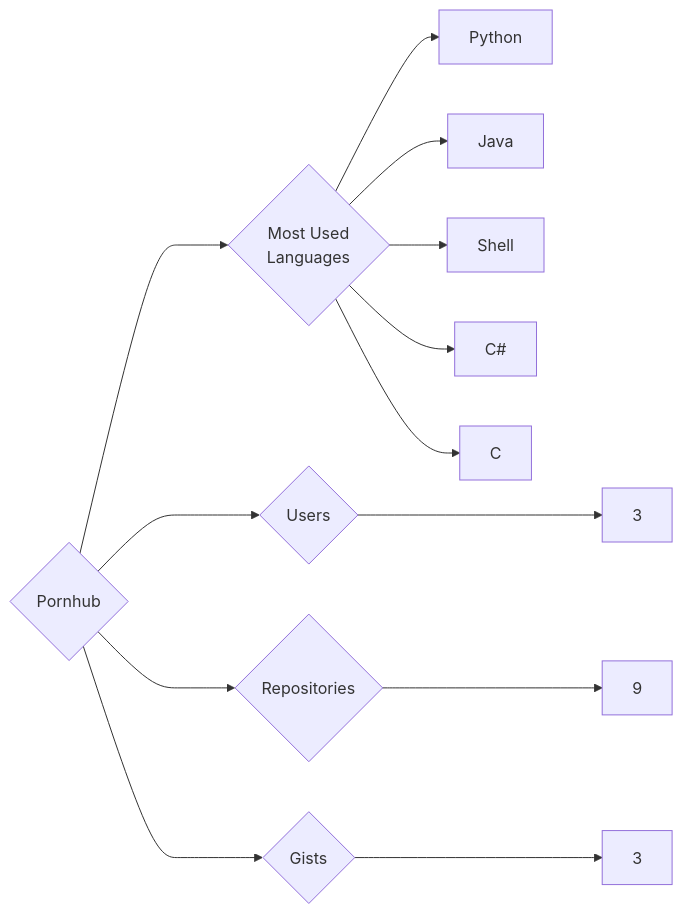
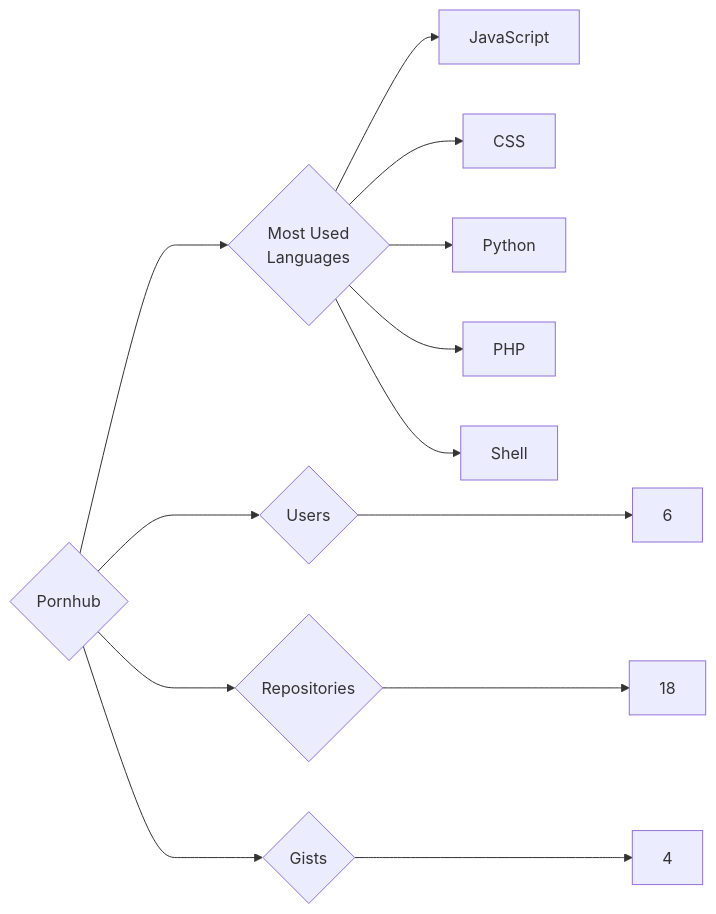
Before and after one commit to trickest/insiders: the diagram in targets/Pornhub/README.md, drawn with Mermaid. The commit also changed 1389 other files, not shown here.

````diff
--- a/targets/Pornhub/README.md
+++ b/targets/Pornhub/README.md
@@ -3,13 +3,13 @@
 ```mermaid
 graph LR
 COMPANY_NAME{Pornhub}
-COMPANY_NAME ---> U{Users} ---> UN[3]
-COMPANY_NAME ---> R{Repositories} ---> RN[9]
-COMPANY_NAME ---> G{Gists} ---> GN[3]
+COMPANY_NAME ---> U{Users} ---> UN[6]
+COMPANY_NAME ---> R{Repositories} ---> RN[18]
+COMPANY_NAME ---> G{Gists} ---> GN[4]
 COMPANY_NAME ---> ML{Most Used<br>Languages}
+ML --> JavaScript[JavaScript]
+ML --> CSS[CSS]
 ML --> Python[Python]
-ML --> Java[Java]
+ML --> PHP[PHP]
 ML --> Shell[Shell]
-ML --> C#[C#]
-ML --> C[C]
 ```
````
